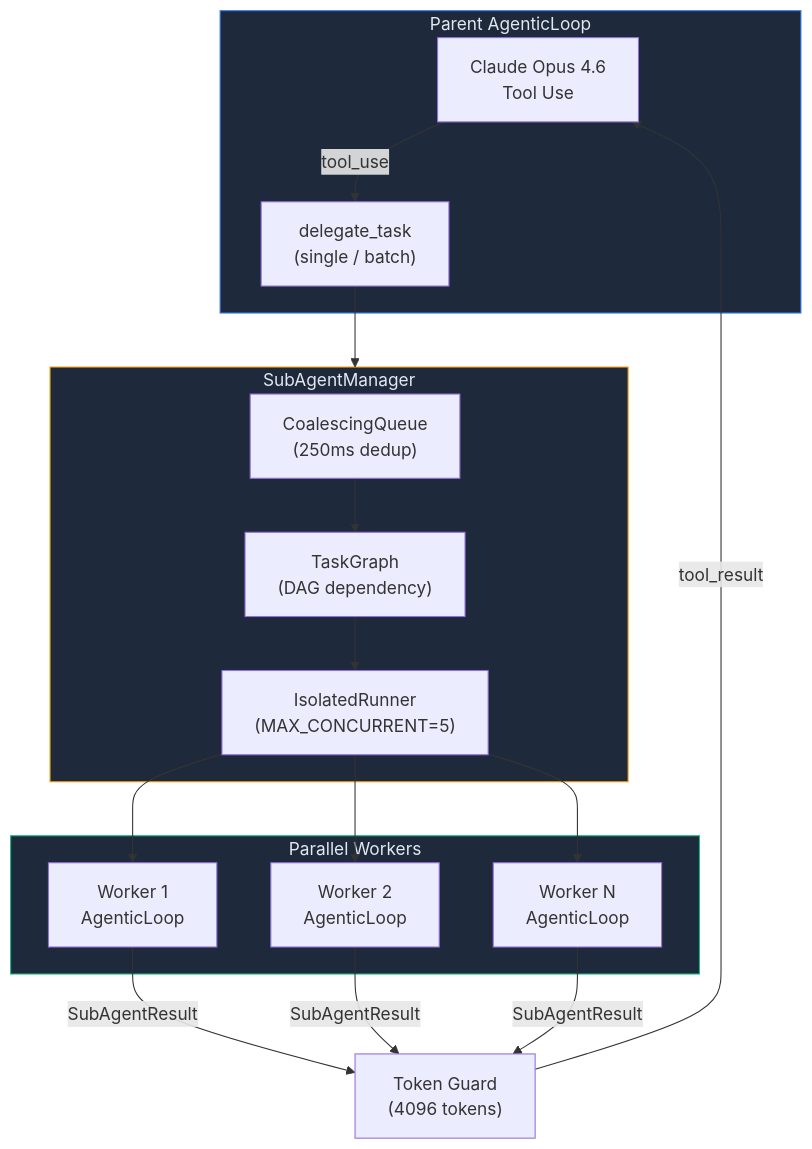
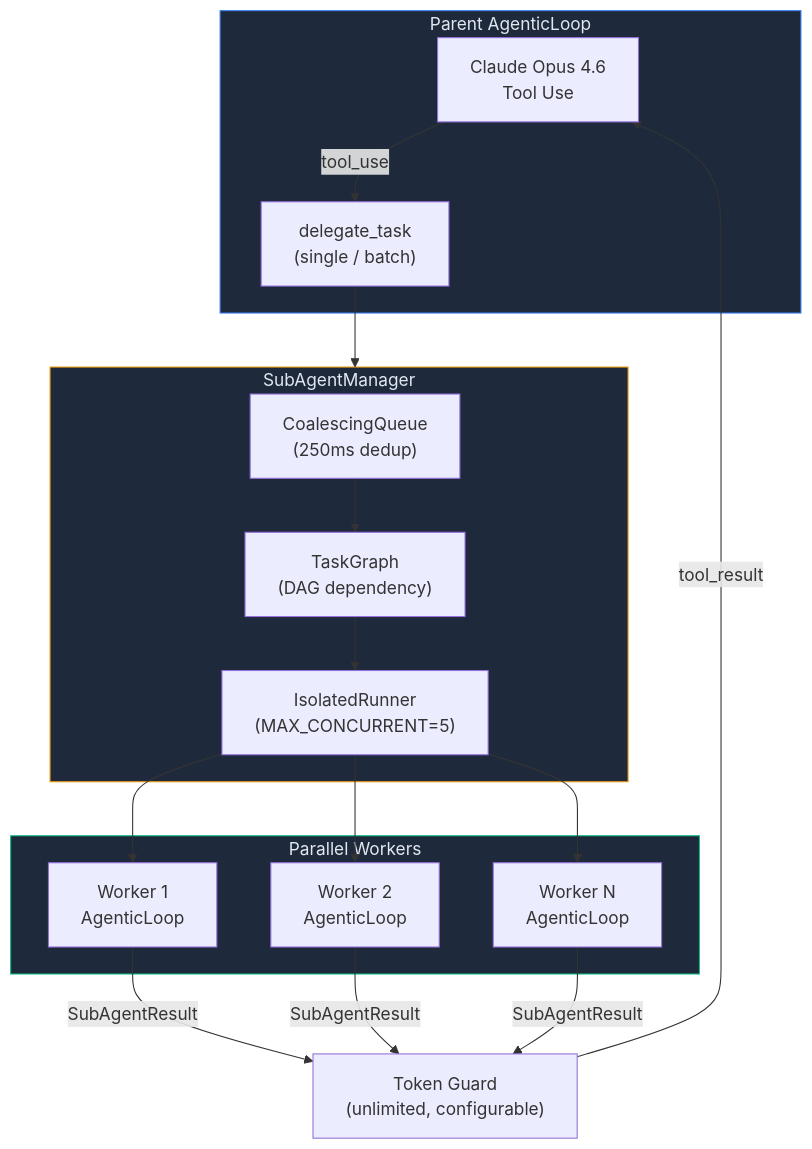
The eighth of 12 diagrams in README.md (mangowhoiscloud/geode), drawn with Mermaid before and after one commit. The commit also changed other lines of this file, not shown here.

Commit message:
docs: README Highlights 보강 + Mermaid 정합성 수정 (42 tools, 4-tier memory, Token Guard unlimited)

````diff
--- a/README.md
+++ b/README.md
@@ -311,30 +357,30 @@
 ```mermaid
 graph TB
     subgraph Parent["Parent AgenticLoop"]
         LLM["Claude Opus 4.6<br/>Tool Use"]
         DT["delegate_task<br/>(single / batch)"]
     end
 
     subgraph SAM["SubAgentManager"]
         CQ["CoalescingQueue<br/>(250ms dedup)"]
         TG["TaskGraph<br/>(DAG dependency)"]
         IR["IsolatedRunner<br/>(MAX_CONCURRENT=5)"]
     end
 
     subgraph Workers["Parallel Workers"]
         W1["Worker 1<br/>AgenticLoop"]
         W2["Worker 2<br/>AgenticLoop"]
         W3["Worker N<br/>AgenticLoop"]
     end
 
     LLM -->|tool_use| DT
     DT --> SAM
     CQ --> TG --> IR
     IR --> W1 & W2 & W3
-    W1 & W2 & W3 -->|SubAgentResult| TGD["Token Guard<br/>(4096 tokens)"]
+    W1 & W2 & W3 -->|SubAgentResult| TGD["Token Guard<br/>(unlimited, configurable)"]
     TGD -->|tool_result| LLM
 
     style Parent fill:#1e293b,stroke:#3b82f6,color:#e2e8f0
     style SAM fill:#1e293b,stroke:#f59e0b,color:#e2e8f0
     style Workers fill:#1e293b,stroke:#10b981,color:#e2e8f0
 ```
````
